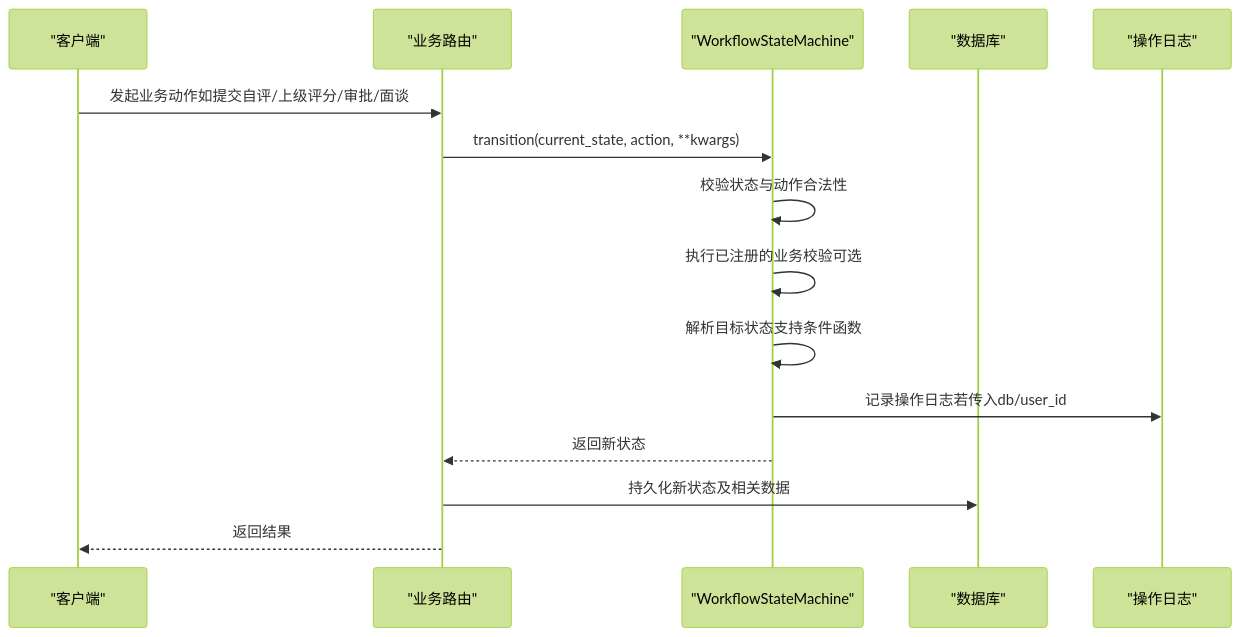
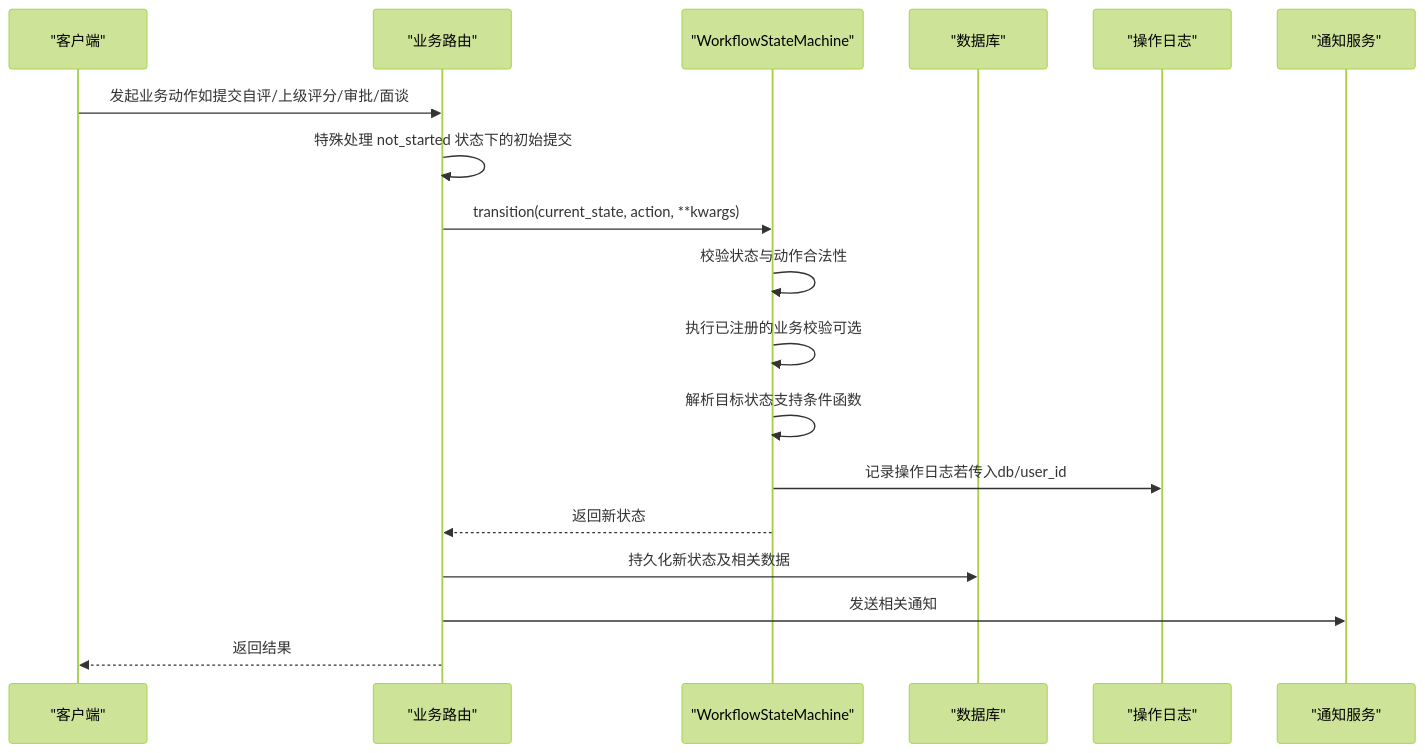
One commit to xgd561/performance_evaluation_system changed the second of 5 diagrams in .qoder/repowiki/zh/content/考核周期管理/状态机工作流引擎.md. Above: the diagram before and after it, drawn with Mermaid (forest theme). The commit also changed other lines of this file and 136 other files, not shown here.

````diff
--- a/.qoder/repowiki/zh/content/考核周期管理/状态机工作流引擎.md
+++ b/.qoder/repowiki/zh/content/考核周期管理/状态机工作流引擎.md
@@ -88,17 +103,20 @@
 ```mermaid
 sequenceDiagram
 participant Client as "客户端"
 participant Router as "业务路由"
 participant SM as "WorkflowStateMachine"
 participant DB as "数据库"
 participant Log as "操作日志"
+participant Notif as "通知服务"
 Client->>Router : 发起业务动作如提交自评/上级评分/审批/面谈
+Router->>Router : 特殊处理 not_started 状态下的初始提交
 Router->>SM : transition(current_state, action, **kwargs)
 SM->>SM : 校验状态与动作合法性
 SM->>SM : 执行已注册的业务校验可选
 SM->>SM : 解析目标状态支持条件函数
 SM->>Log : 记录操作日志若传入db/user_id
 SM-->>Router : 返回新状态
 Router->>DB : 持久化新状态及相关数据
+Router->>Notif : 发送相关通知
 Router-->>Client : 返回结果
 ```
````
